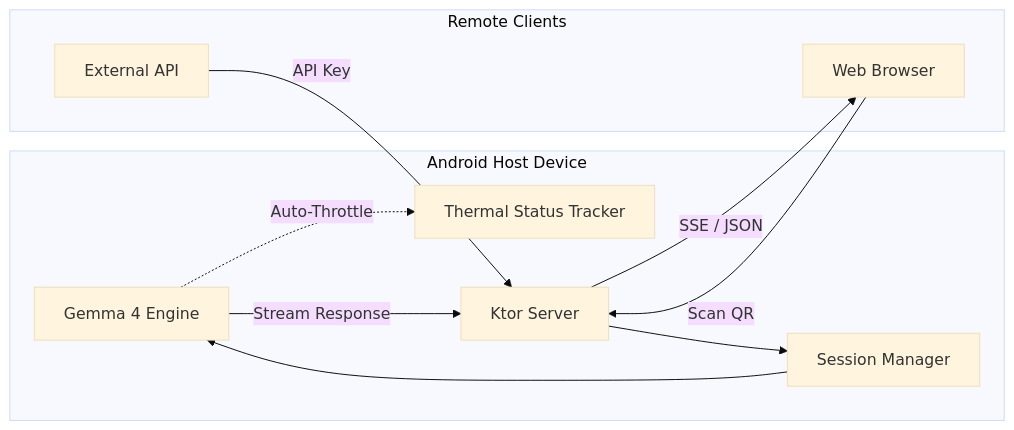
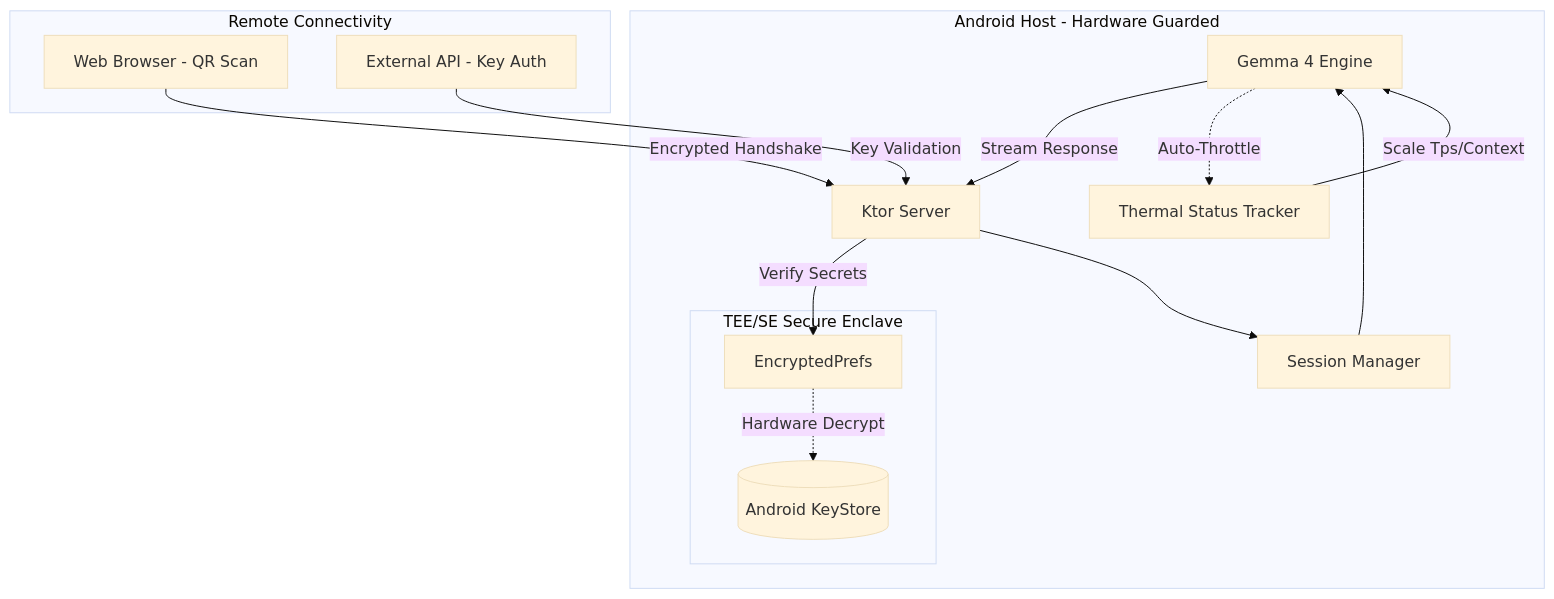
Before and after one commit to kallolchakraborty/Chhanda-AI: the second of 2 diagrams in HACKATHON_SUBMISSION.md, drawn with Mermaid (base theme). The commit also changed other lines of this file and 2 other files, not shown here.

Commit message:
Docs: Extensively updated README, MANUAL, and HACKATHON_SUBMISSION with hardened architecture and detailed diagrams

````diff
--- a/HACKATHON_SUBMISSION.md
+++ b/HACKATHON_SUBMISSION.md
@@ -108,22 +120,28 @@
 ```mermaid
-graph LR
-    subgraph HostDevice [Android Host Device]
+graph TD
+    subgraph HostDevice [Android Host - Hardware Guarded]
+        subgraph SecureStorage [TEE/SE Secure Enclave]
+            AKS[(Android KeyStore)]
+            ESP[EncryptedPrefs]
+        end
         LLM[Gemma 4 Engine]
         TST[Thermal Status Tracker]
         KTOR[Ktor Server]
         SM[Session Manager]
     end
     
-    subgraph RemoteClients [Remote Clients]
-        Browser[Web Browser]
-        API[External API]
+    subgraph RemoteClients [Remote Connectivity]
+        Browser[Web Browser - QR Scan]
+        API[External API - Key Auth]
     end
     
-    Browser -- Scan QR --> KTOR
-    API -- API Key --> KTOR
+    Browser -->|Encrypted Handshake| KTOR
+    API -->|Key Validation| KTOR
+    KTOR -->|Verify Secrets| ESP
+    ESP -.->|Hardware Decrypt| AKS
     KTOR --> SM
     SM --> LLM
     LLM -- Stream Response --> KTOR
-    KTOR -- SSE / JSON --> Browser
     LLM -.->|Auto-Throttle| TST
+    TST -->|Scale Tps/Context| LLM
 ```
````
